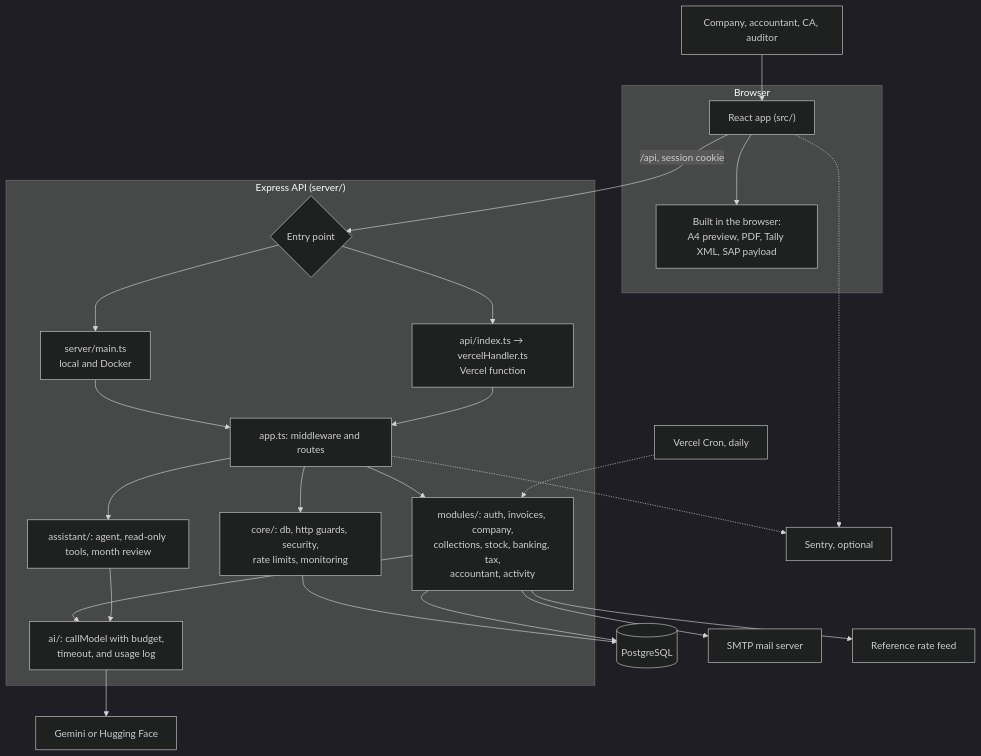
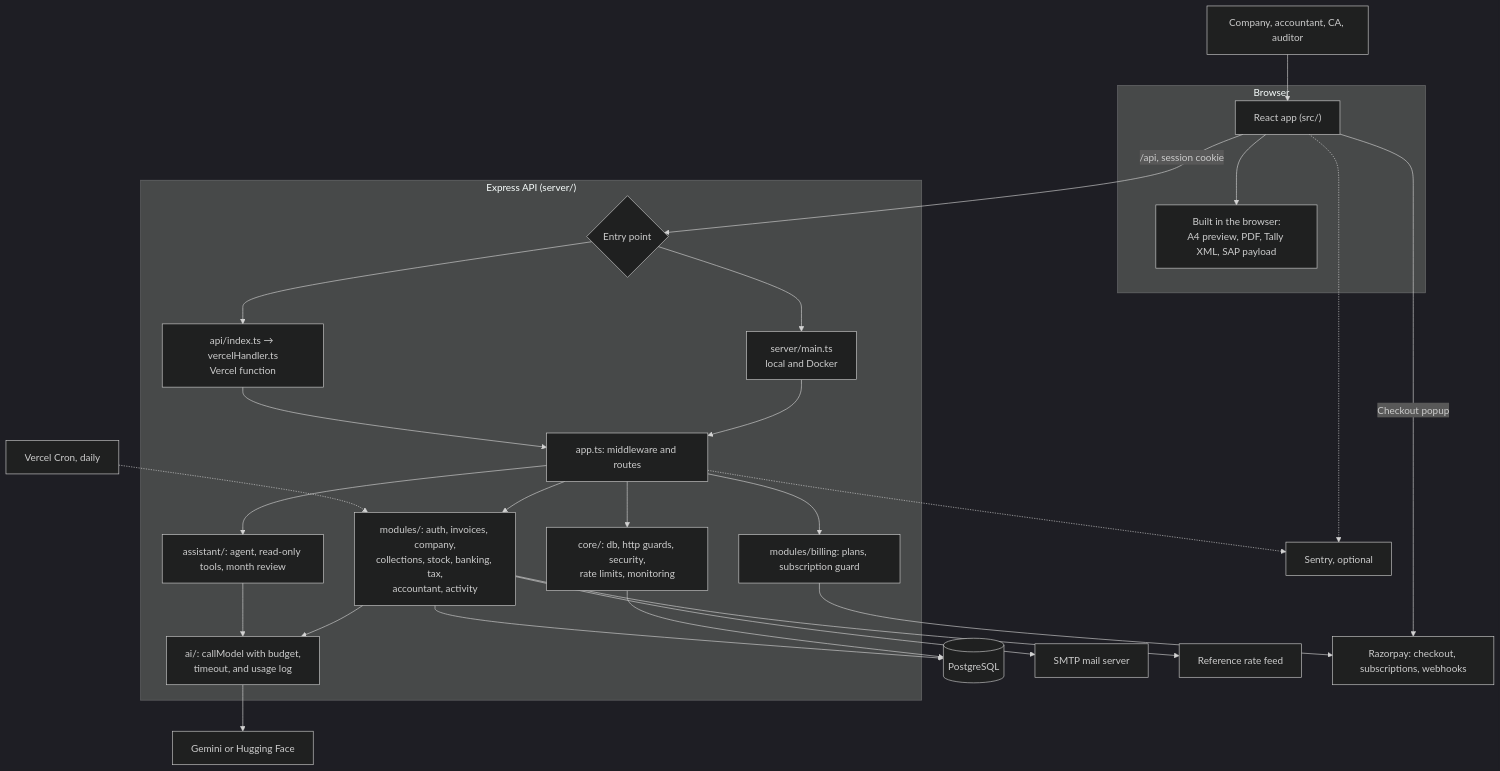
One commit to ladkrutarth/diamledger changed the first of 7 diagrams in README.md. Above: the diagram before and after it, drawn with Mermaid (dark theme). The commit also changed other lines of this file and 18 other files, not shown here.

First line of the commit message:
Add monthly and yearly subscription plans in INR with Razorpay

````diff
--- a/README.md
+++ b/README.md
@@ -95,35 +106,38 @@
 ```mermaid
 flowchart TB
   user["Company, accountant, CA, auditor"] --> spa
 
   subgraph Browser
     spa["React app (src/)"]
     files["Built in the browser:<br/>A4 preview, PDF, Tally XML, SAP payload"]
     spa --> files
   end
 
   spa -- "/api, session cookie" --> entry
 
   subgraph Server["Express API (server/)"]
     entry{"Entry point"}
     entry --> local["server/main.ts<br/>local and Docker"]
     entry --> vercel["api/index.ts → vercelHandler.ts<br/>Vercel function"]
     local --> app
     vercel --> app
     app["app.ts: middleware and routes"]
     app --> core["core/: db, http guards, security,<br/>rate limits, monitoring"]
     app --> modules["modules/: auth, invoices, company,<br/>collections, stock, banking, tax,<br/>accountant, activity"]
     app --> assistant["assistant/: agent, read-only tools, month review"]
+    app --> billing["modules/billing: plans, subscription guard"]
     modules --> ai["ai/: callModel with budget,<br/>timeout, and usage log"]
     assistant --> ai
   end
 
   core --> db[("PostgreSQL")]
   modules --> db
   ai --> llm["Gemini or Hugging Face"]
   modules --> smtp["SMTP mail server"]
   modules --> rates["Reference rate feed"]
+  billing --> razorpay["Razorpay: checkout, subscriptions, webhooks"]
+  spa -- "Checkout popup" --> razorpay
   cron["Vercel Cron, daily"] -.-> modules
   app -.-> sentry["Sentry, optional"]
   spa -.-> sentry
 ```
````
